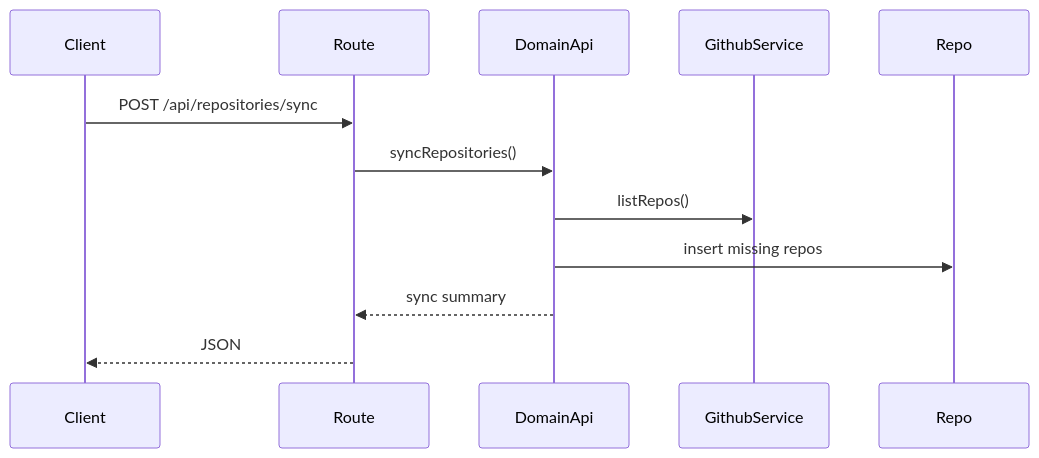
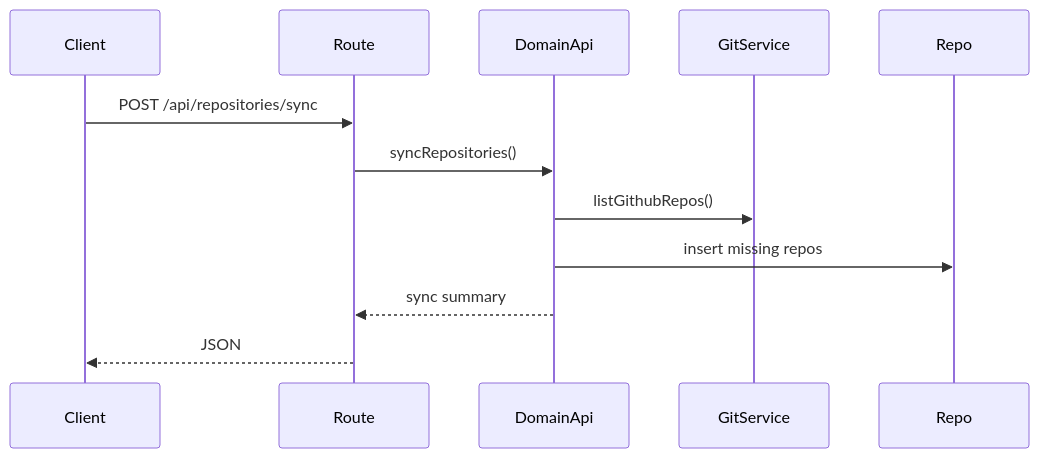
Before and after one commit to TurtleStoffel/tektite-console: the second of 2 diagrams in src/backend/domains/repositories/README.md, drawn with Mermaid. The commit also changed 8 other files, not shown here.

Commit message:
Merge git and github domains and remove GH CLI usage

````diff
--- a/src/backend/domains/repositories/README.md
+++ b/src/backend/domains/repositories/README.md
@@ -26,14 +26,14 @@
 ```mermaid
 sequenceDiagram
     participant Client
     participant Route
     participant DomainApi
-    participant GithubService
+    participant GitService
     participant Repo
     Client->>Route: POST /api/repositories/sync
     Route->>DomainApi: syncRepositories()
-    DomainApi->>GithubService: listRepos()
+    DomainApi->>GitService: listGithubRepos()
     DomainApi->>Repo: insert missing repos
     DomainApi-->>Route: sync summary
     Route-->>Client: JSON
 ```
````
